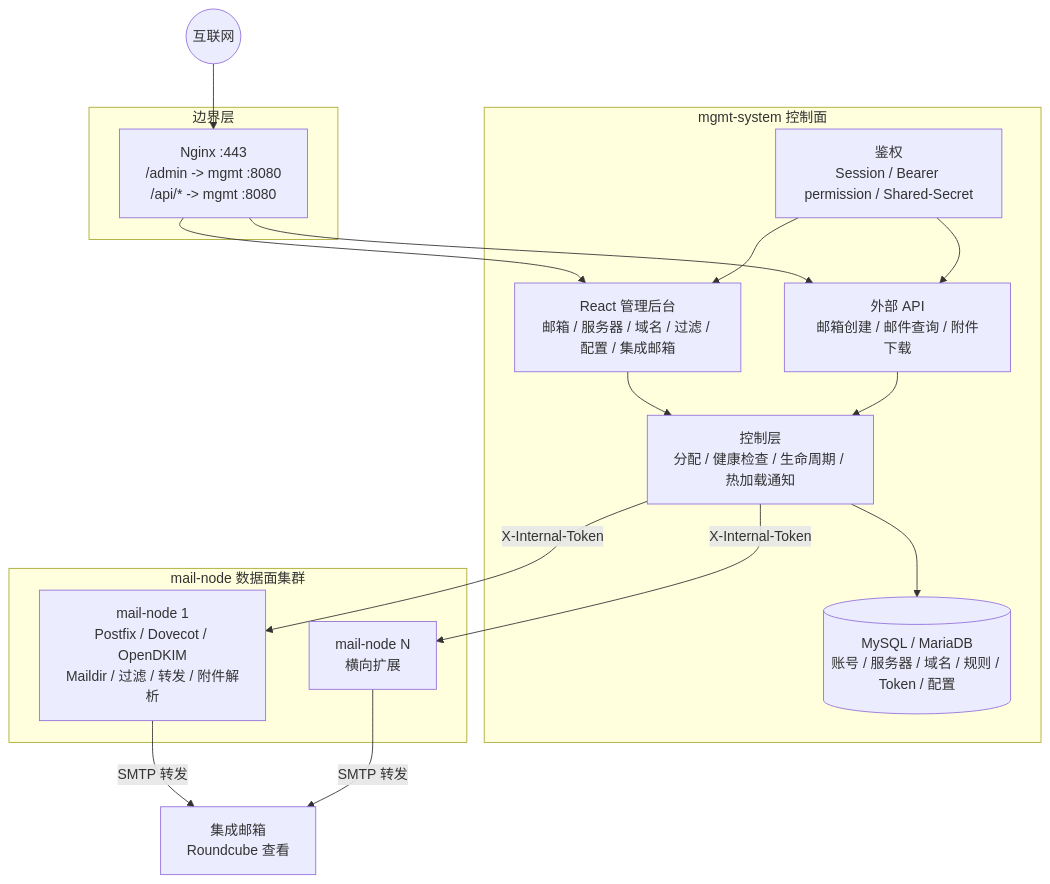
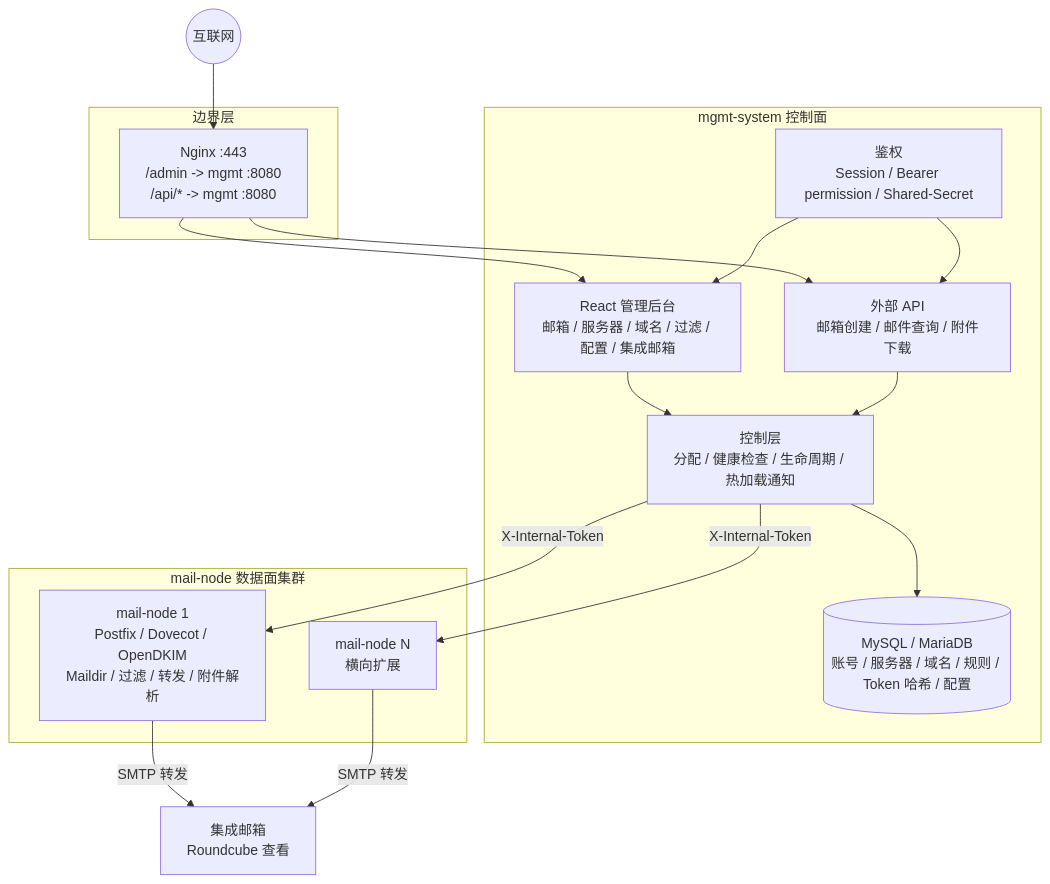
One commit to snowflake-yezi/MailHub changed the diagram in README.md. Above: the diagram before and after it, drawn with Mermaid. The commit also changed other lines of this file and 9 other files, not shown here.

````diff
--- a/README.md
+++ b/README.md
@@ -33,36 +33,36 @@
 ```mermaid
 flowchart TB
     internet((互联网))
 
     subgraph edge["边界层"]
         nginx["Nginx :443<br/>/admin -> mgmt :8080<br/>/api/* -> mgmt :8080"]
     end
 
     subgraph mgmt["mgmt-system 控制面"]
         web["React 管理后台<br/>邮箱 / 服务器 / 域名 / 过滤 / 配置 / 集成邮箱"]
         api["外部 API<br/>邮箱创建 / 邮件查询 / 附件下载"]
         control["控制层<br/>分配 / 健康检查 / 生命周期 / 热加载通知"]
         auth["鉴权<br/>Session / Bearer permission / Shared-Secret"]
-        db[("MySQL / MariaDB<br/>账号 / 服务器 / 域名 / 规则 / Token / 配置")]
+        db[("MySQL / MariaDB<br/>账号 / 服务器 / 域名 / 规则 / Token 哈希 / 配置")]
     end
 
     subgraph nodes["mail-node 数据面集群"]
         node1["mail-node 1<br/>Postfix / Dovecot / OpenDKIM<br/>Maildir / 过滤 / 转发 / 附件解析"]
         nodeN["mail-node N<br/>横向扩展"]
     end
 
     union["集成邮箱<br/>Roundcube 查看"]
 
     internet --> nginx
     nginx --> web
     nginx --> api
     web --> control
     api --> control
     auth --> web
     auth --> api
     control --> db
     control -->|"X-Internal-Token"| node1
     control -->|"X-Internal-Token"| nodeN
     node1 -->|"SMTP 转发"| union
     nodeN -->|"SMTP 转发"| union
 ```
````
